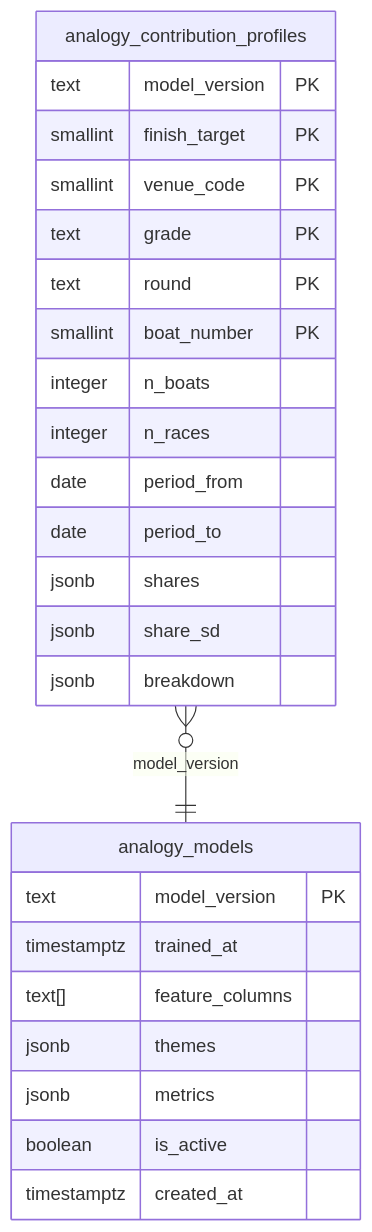
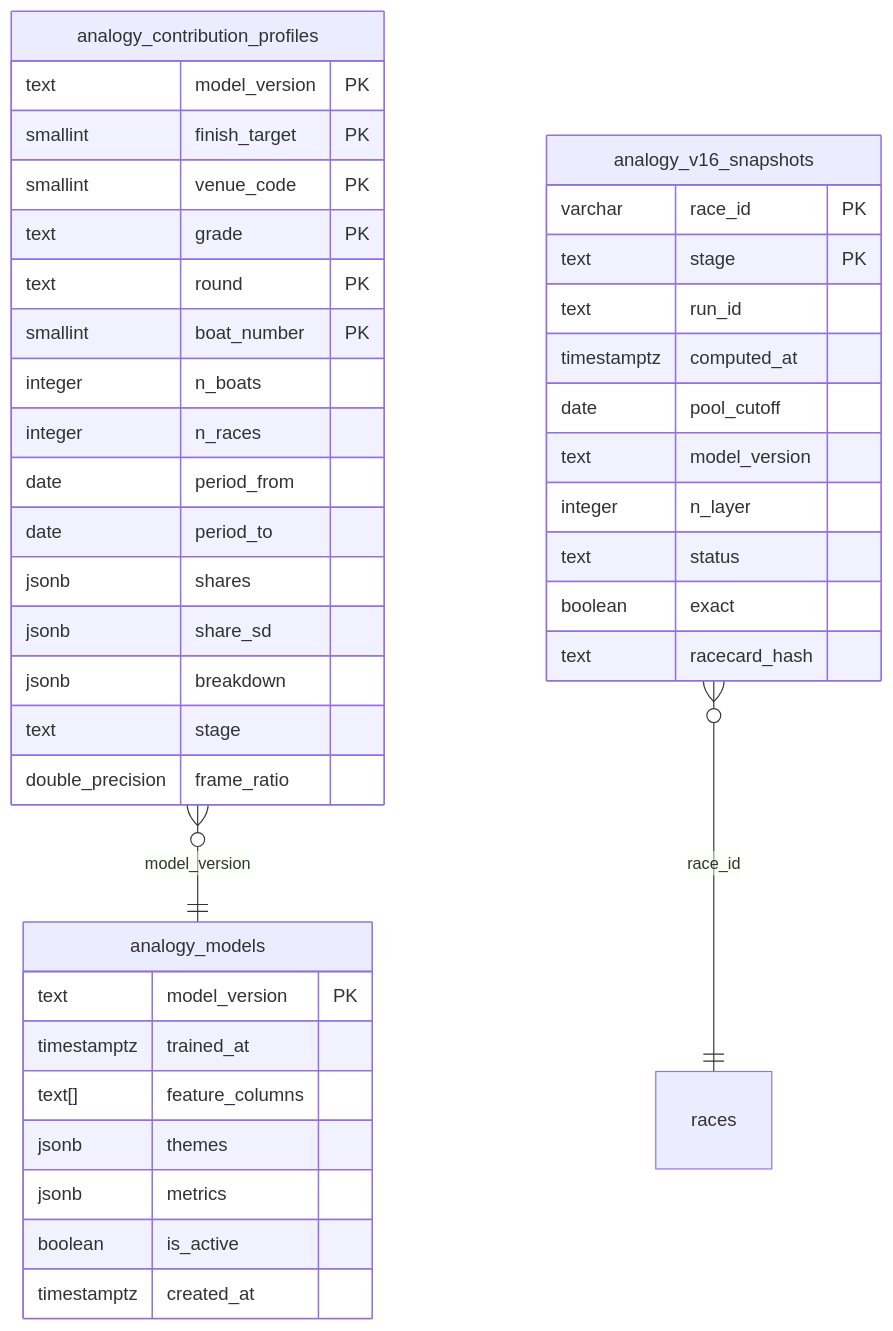
One commit to rhapsody0919/boatrace-ai-predictor changed the second of 3 diagrams in docs/design/analogy-finder/plan.md. Above: the diagram before and after it, drawn with Mermaid. The commit also changed other lines of this file and 2 other files, not shown here.

Commit message:
docs: BOA-271 設計書を (a)〜(c) の実装に合わせる（マイグレーション 132・133、API、ER 図）と引き継ぎ §27

````diff
--- a/docs/design/analogy-finder/plan.md
+++ b/docs/design/analogy-finder/plan.md
@@ -157,28 +157,43 @@
 ```mermaid
 erDiagram
     analogy_contribution_profiles }o--|| analogy_models : "model_version"
+    analogy_v16_snapshots }o--|| races : "race_id"
     analogy_models {
         text model_version PK
         timestamptz trained_at
         text[] feature_columns
         jsonb themes
         jsonb metrics
         boolean is_active
         timestamptz created_at
     }
     analogy_contribution_profiles {
         text model_version PK
         smallint finish_target PK
         smallint venue_code PK
         text grade PK
         text round PK
         smallint boat_number PK
         integer n_boats
         integer n_races
         date period_from
         date period_to
         jsonb shares
         jsonb share_sd
         jsonb breakdown
+        text stage
+        double_precision frame_ratio
+    }
+    analogy_v16_snapshots {
+        varchar race_id PK
+        text stage PK
+        text run_id
+        timestamptz computed_at
+        date pool_cutoff
+        text model_version
+        integer n_layer
+        text status
+        boolean exact
+        text racecard_hash
     }
 ```
````
